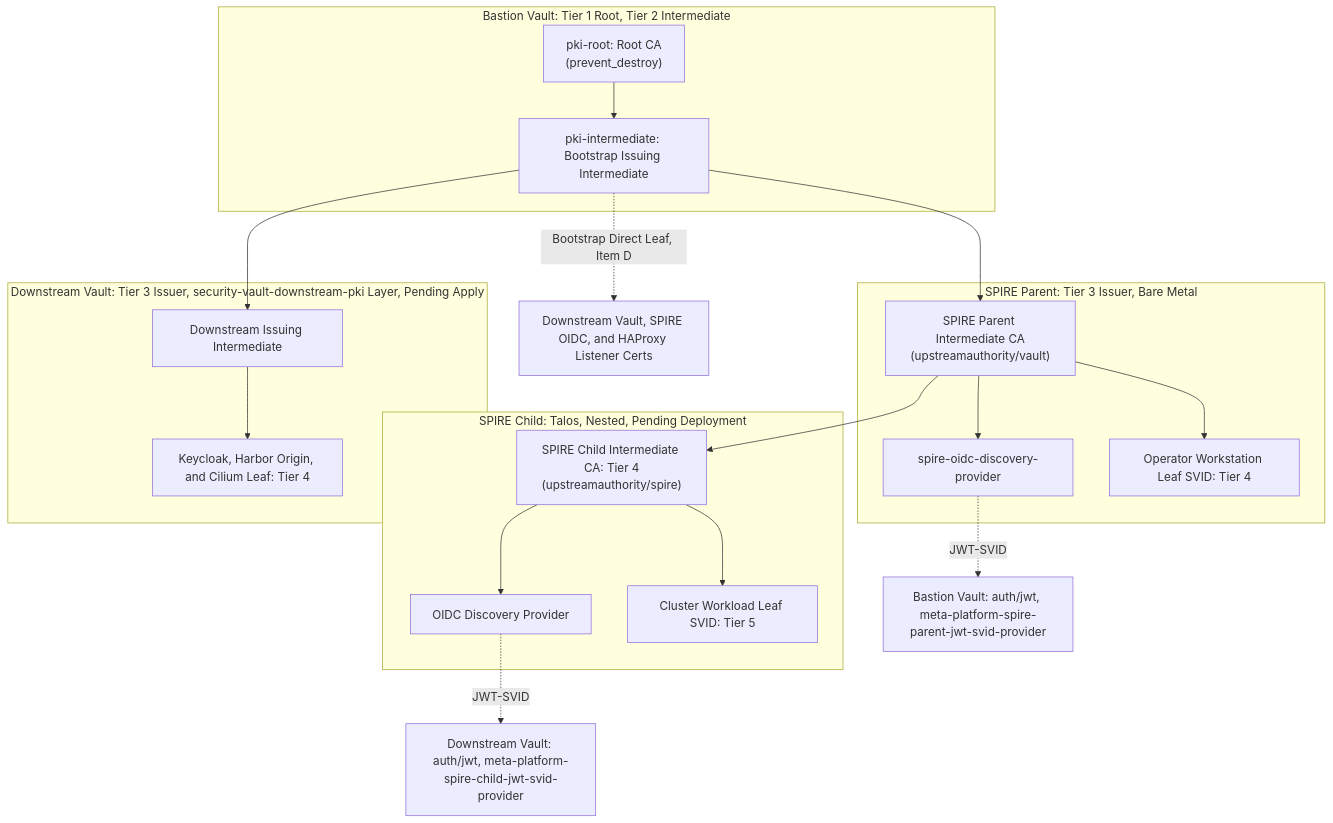
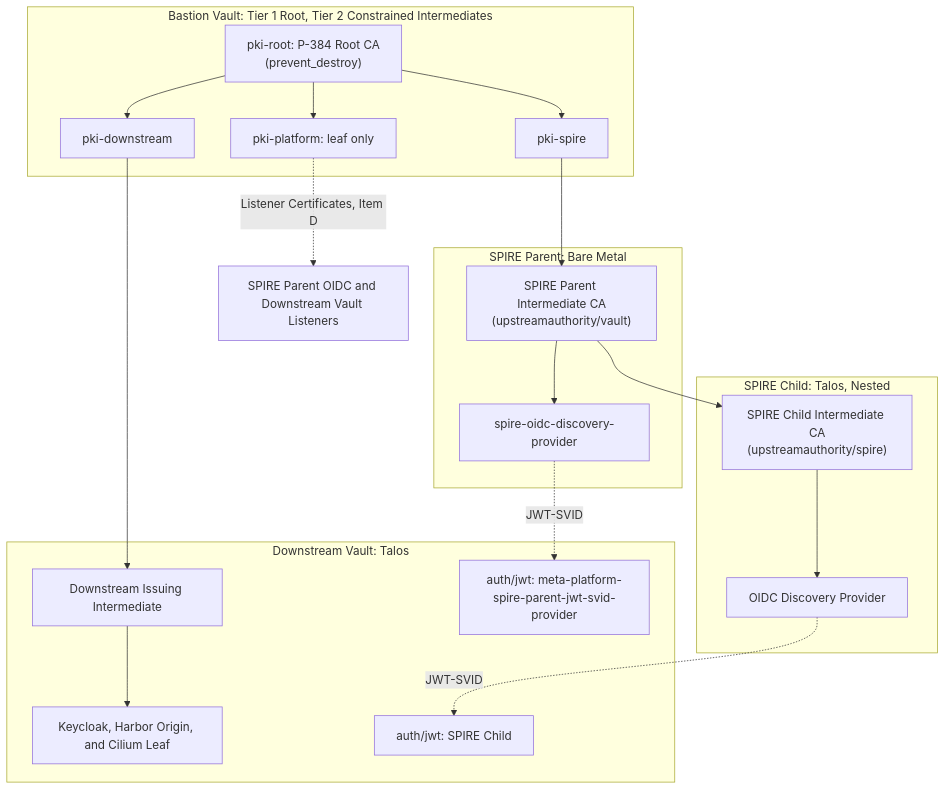
Before and after one commit to csning1998/meta-platform: the diagram in documentation/architecture/platform-spire-parent-frontend.md, drawn with Mermaid. The commit also changed other lines of this file and 32 other files, not shown here.

First line of the commit message:
refactor(spire-parent): run SPIRE Parent in the tenant session with pki-spire and pki-platform

````diff
--- a/documentation/architecture/platform-spire-parent-frontend.md
+++ b/documentation/architecture/platform-spire-parent-frontend.md
@@ -55,37 +55,39 @@
 ```mermaid
 flowchart TD
-    subgraph BASTION ["Bastion Vault: Tier 1 Root, Tier 2 Intermediate"]
-        ROOT["pki-root: Root CA\n(prevent_destroy)"]
-        INTER["pki-intermediate: Bootstrap Issuing Intermediate"]
+    subgraph BASTION ["Bastion Vault: Tier 1 Root, Tier 2 Constrained Intermediates"]
+        ROOT["pki-root: P-384 Root CA\n(prevent_destroy)"]
+        SPIRE_INTER["pki-spire"]
+        DOWN_INTER["pki-downstream"]
+        PLATFORM_INTER["pki-platform: leaf only"]
     end
 
-    subgraph PARENT ["SPIRE Parent: Tier 3 Issuer, Bare Metal"]
+    subgraph PARENT ["SPIRE Parent: Bare Metal"]
         PARENT_CA["SPIRE Parent Intermediate CA\n(upstreamauthority/vault)"]
         PARENT_OIDC["spire-oidc-discovery-provider"]
-        PARENT_SVID["Operator Workstation Leaf SVID: Tier 4"]
     end
 
-    subgraph CHILD ["SPIRE Child: Talos, Nested, Pending Deployment"]
-        CHILD_CA["SPIRE Child Intermediate CA: Tier 4\n(upstreamauthority/spire)"]
+    subgraph CHILD ["SPIRE Child: Talos, Nested"]
+        CHILD_CA["SPIRE Child Intermediate CA\n(upstreamauthority/spire)"]
         CHILD_OIDC["OIDC Discovery Provider"]
-        CHILD_SVID["Cluster Workload Leaf SVID: Tier 5"]
     end
 
-    subgraph PRODVAULT ["Downstream Vault: Tier 3 Issuer, security-vault-downstream-pki Layer, Pending Apply"]
+    subgraph PRODVAULT ["Downstream Vault: Talos"]
         PROD_ISSUER["Downstream Issuing Intermediate"]
-        PROD_LEAF["Keycloak, Harbor Origin, and Cilium Leaf: Tier 4"]
+        PROD_LEAF["Keycloak, Harbor Origin, and Cilium Leaf"]
+        PARENT_JWT["auth/jwt: meta-platform-spire-parent-jwt-svid-provider"]
+        CHILD_JWT["auth/jwt: SPIRE Child"]
     end
 
-    ROOT --> INTER
-    INTER --> PARENT_CA
-    INTER --> PROD_ISSUER
+    ROOT --> SPIRE_INTER
+    ROOT --> DOWN_INTER
+    ROOT --> PLATFORM_INTER
+    SPIRE_INTER --> PARENT_CA
+    DOWN_INTER --> PROD_ISSUER
     PROD_ISSUER --> PROD_LEAF
     PARENT_CA --> CHILD_CA
-    PARENT_CA --> PARENT_SVID
-    CHILD_CA --> CHILD_SVID
     PARENT_CA --> PARENT_OIDC
     CHILD_CA --> CHILD_OIDC
-    PARENT_OIDC -.->|JWT-SVID| BASTION_JWT["Bastion Vault: auth/jwt, meta-platform-spire-parent-jwt-svid-provider"]
-    CHILD_OIDC -.->|JWT-SVID| CHILD_JWT["Downstream Vault: auth/jwt, meta-platform-spire-child-jwt-svid-provider"]
-    INTER -.->|Bootstrap Direct Leaf, Item D| BOOTSTRAP_LEAF["Downstream Vault, SPIRE OIDC, and HAProxy Listener Certs"]
+    PLATFORM_INTER -.->|Listener Certificates, Item D| LISTENERS["SPIRE Parent OIDC and Downstream Vault Listeners"]
+    PARENT_OIDC -.->|JWT-SVID| PARENT_JWT
+    CHILD_OIDC -.->|JWT-SVID| CHILD_JWT
 ```
````
